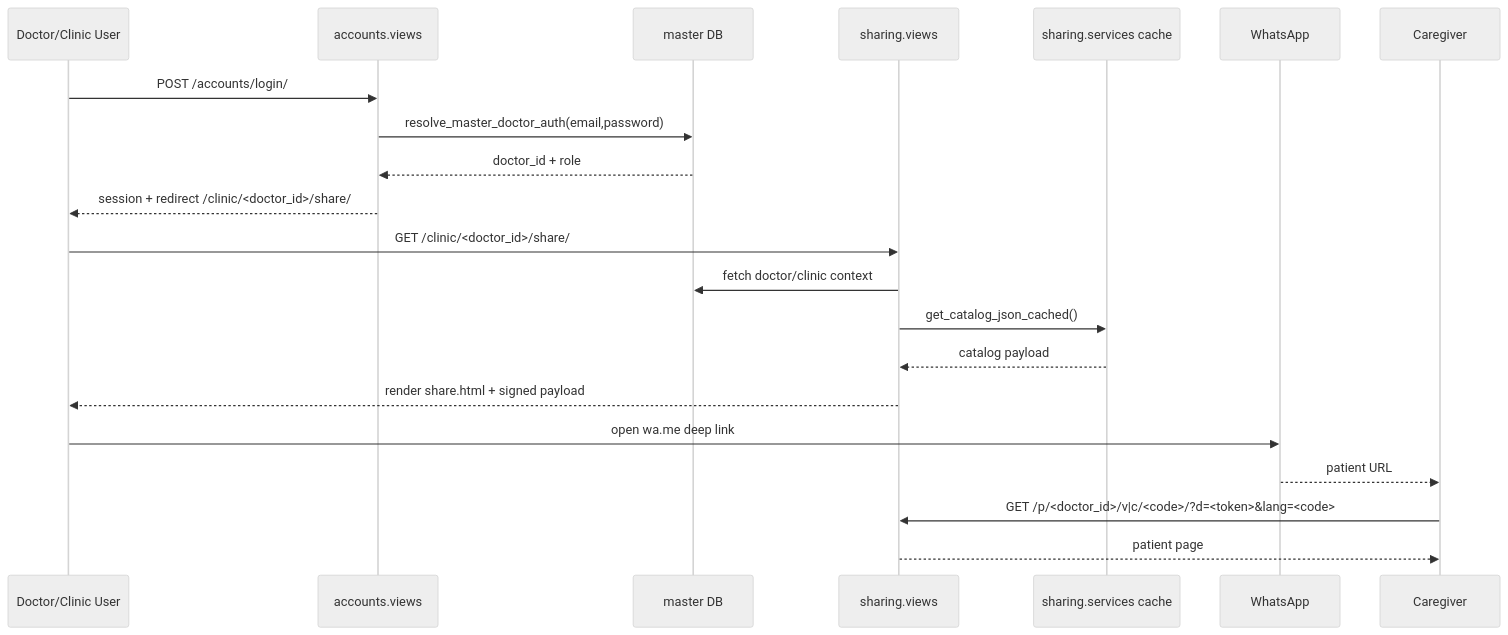
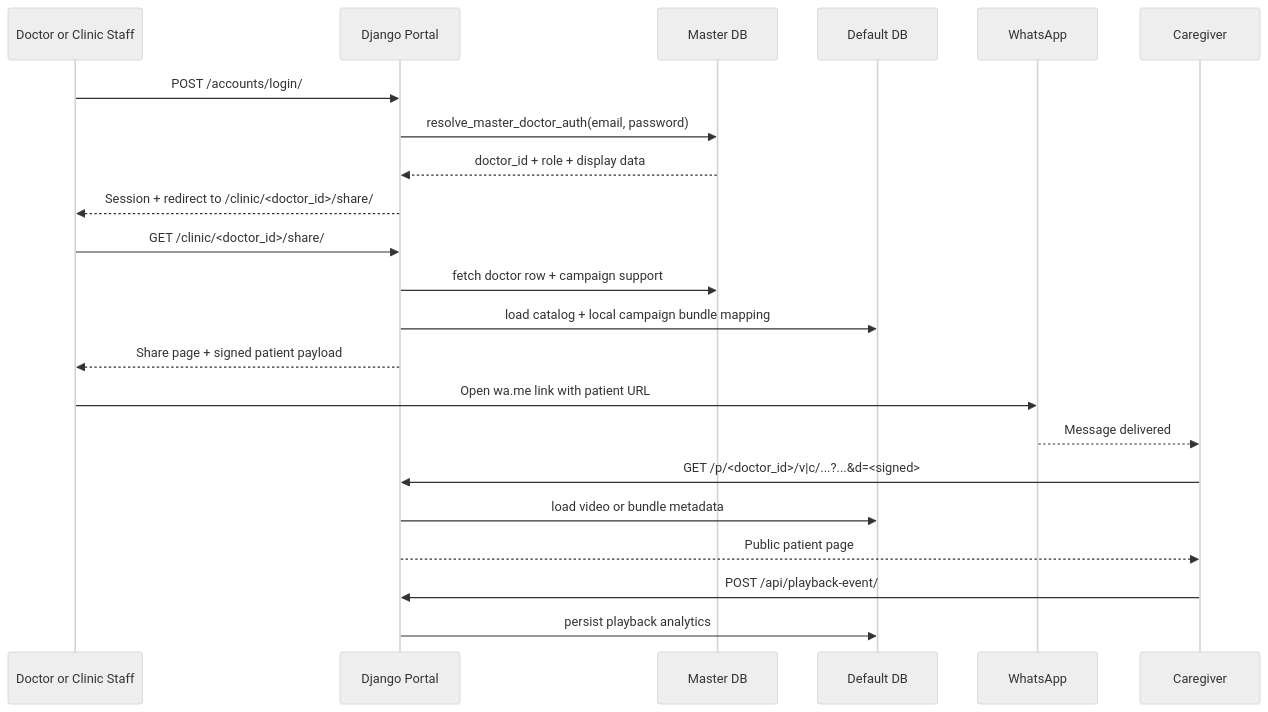
One commit to gopalakrishnanplus-creator/peds_edu_app-codex changed the third of 8 diagrams in README.md. Above: the diagram before and after it, drawn with Mermaid (neutral theme). The commit also changed other lines of this file, not shown here.

````diff
--- a/README.md
+++ b/README.md
@@ -157,26 +205,27 @@
 ```mermaid
 sequenceDiagram
-  participant Doc as Doctor/Clinic User
-  participant Acc as accounts.views
-  participant MDB as master DB
-  participant Share as sharing.views
-  participant Cache as sharing.services cache
-  participant WA as WhatsApp
-  participant Patient as Caregiver
+  participant Doctor as Doctor or Clinic Staff
+  participant Portal as Django Portal
+  participant Master as Master DB
+  participant DefaultDB as Default DB
+  participant WhatsApp as WhatsApp
+  participant Caregiver as Caregiver
 
-  Doc->>Acc: POST /accounts/login/
-  Acc->>MDB: resolve_master_doctor_auth(email,password)
-  MDB-->>Acc: doctor_id + role
-  Acc-->>Doc: session + redirect /clinic/<doctor_id>/share/
+  Doctor->>Portal: POST /accounts/login/
+  Portal->>Master: resolve_master_doctor_auth(email, password)
+  Master-->>Portal: doctor_id + role + display data
+  Portal-->>Doctor: Session + redirect to /clinic/<doctor_id>/share/
 
-  Doc->>Share: GET /clinic/<doctor_id>/share/
-  Share->>MDB: fetch doctor/clinic context
-  Share->>Cache: get_catalog_json_cached()
-  Cache-->>Share: catalog payload
-  Share-->>Doc: render share.html + signed payload
+  Doctor->>Portal: GET /clinic/<doctor_id>/share/
+  Portal->>Master: fetch doctor row + campaign support
+  Portal->>DefaultDB: load catalog + local campaign bundle mapping
+  Portal-->>Doctor: Share page + signed patient payload
 
-  Doc->>WA: open wa.me deep link
-  WA-->>Patient: patient URL
-  Patient->>Share: GET /p/<doctor_id>/v|c/<code>/?d=<token>&lang=<code>
-  Share-->>Patient: patient page
+  Doctor->>WhatsApp: Open wa.me link with patient URL
+  WhatsApp-->>Caregiver: Message delivered
+  Caregiver->>Portal: GET /p/<doctor_id>/v|c/...?...&d=<signed>
+  Portal->>DefaultDB: load video or bundle metadata
+  Portal-->>Caregiver: Public patient page
+  Caregiver->>Portal: POST /api/playback-event/
+  Portal->>DefaultDB: persist playback analytics
 ```
````
